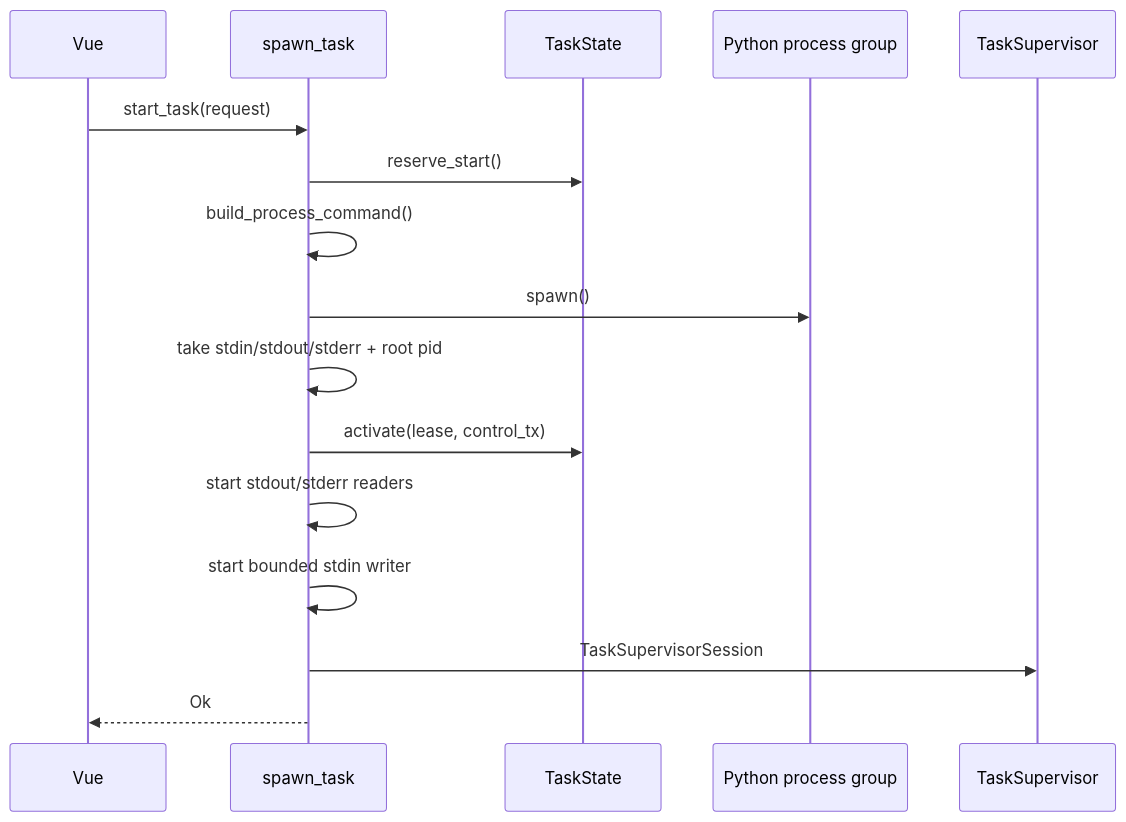
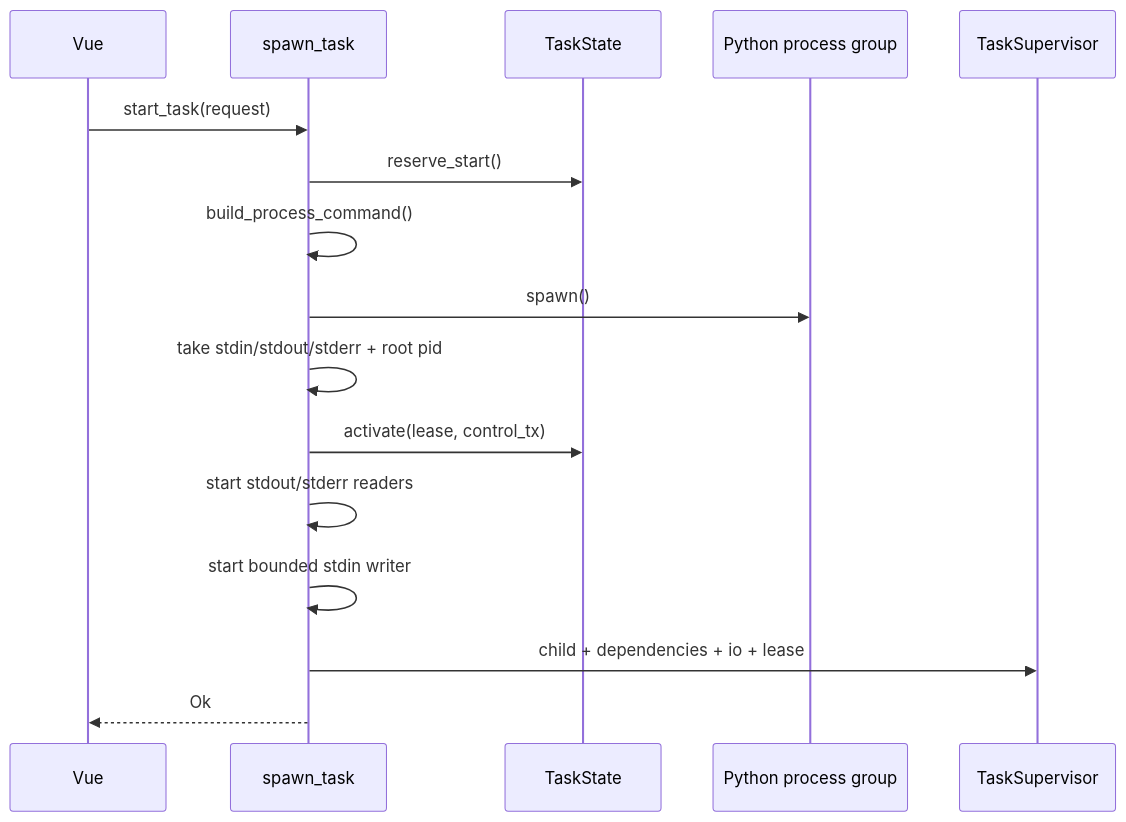
One commit to youge325/vp changed the second of 4 diagrams in docs/07-task-lifecycle.md. Above: the diagram before and after it, drawn with Mermaid. The commit also changed other lines of this file and 41 other files, not shown here.

````diff
--- a/docs/07-task-lifecycle.md
+++ b/docs/07-task-lifecycle.md
@@ -62,19 +62,19 @@
 ```mermaid
 sequenceDiagram
     participant UI as Vue
     participant Spawn as spawn_task
     participant State as TaskState
     participant Child as Python process group
     participant Supervisor as TaskSupervisor
 
     UI->>Spawn: start_task(request)
     Spawn->>State: reserve_start()
     Spawn->>Spawn: build_process_command()
     Spawn->>Child: spawn()
     Spawn->>Spawn: take stdin/stdout/stderr + root pid
     Spawn->>State: activate(lease, control_tx)
     Spawn->>Spawn: start stdout/stderr readers
     Spawn->>Spawn: start bounded stdin writer
-    Spawn->>Supervisor: TaskSupervisorSession
+    Spawn->>Supervisor: child + dependencies + io + lease
     Spawn-->>UI: Ok
 ```
````
